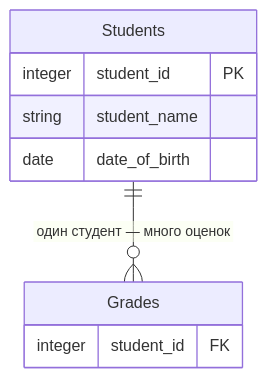
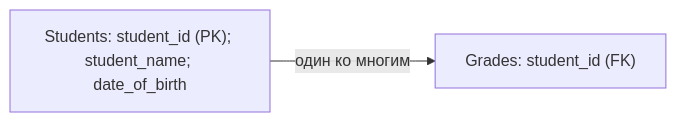
The third of 3 diagrams in books/sql-pocket-guide-alice-zhao-4e-ru/notes/chapters/chapter-01-uskorennyy-kurs-sql/diagram.md (ValentS1997/biblioteka-vsp), drawn with Mermaid before and after one commit. The commit also changed other lines of this file, not shown here.

Commit message:
docs(sql): remove unverified field types from model diagram

````diff
--- a/books/sql-pocket-guide-alice-zhao-4e-ru/notes/chapters/chapter-01-uskorennyy-kurs-sql/diagram.md
+++ b/books/sql-pocket-guide-alice-zhao-4e-ru/notes/chapters/chapter-01-uskorennyy-kurs-sql/diagram.md
@@ -37,12 +37,6 @@
 ```mermaid
-erDiagram
-  Students ||--o{ Grades : "один студент — много оценок"
-  Students {
-    integer student_id PK
-    string student_name
-    date date_of_birth
-  }
-  Grades {
-    integer student_id FK
-  }
+flowchart LR
+  S["Students: student_id (PK); student_name; date_of_birth"]
+  G["Grades: student_id (FK)"]
+  S -- "один ко многим" --> G
 ```
````
